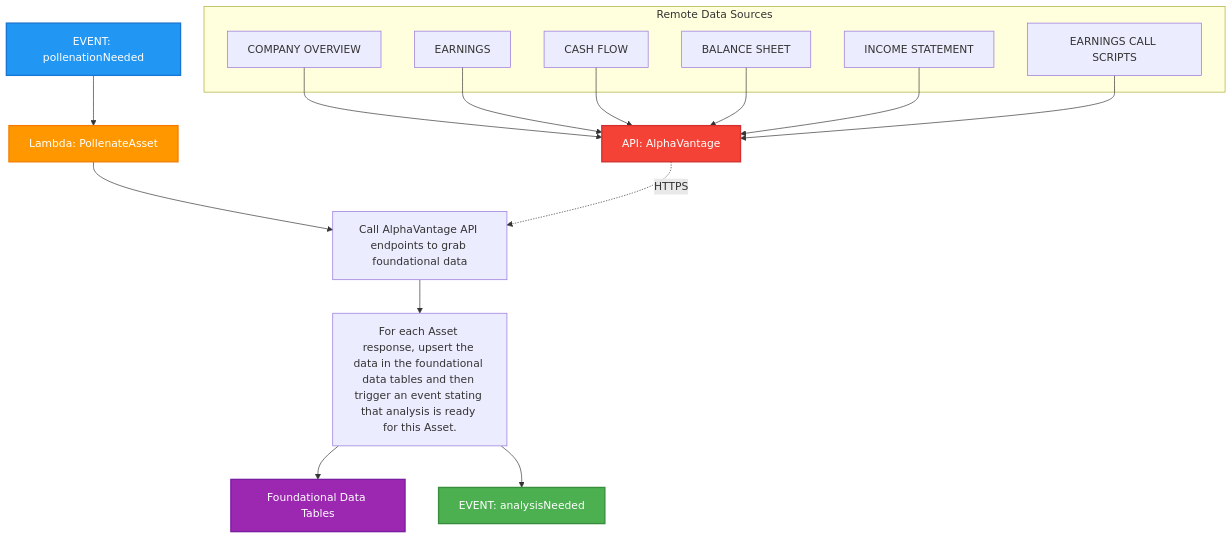
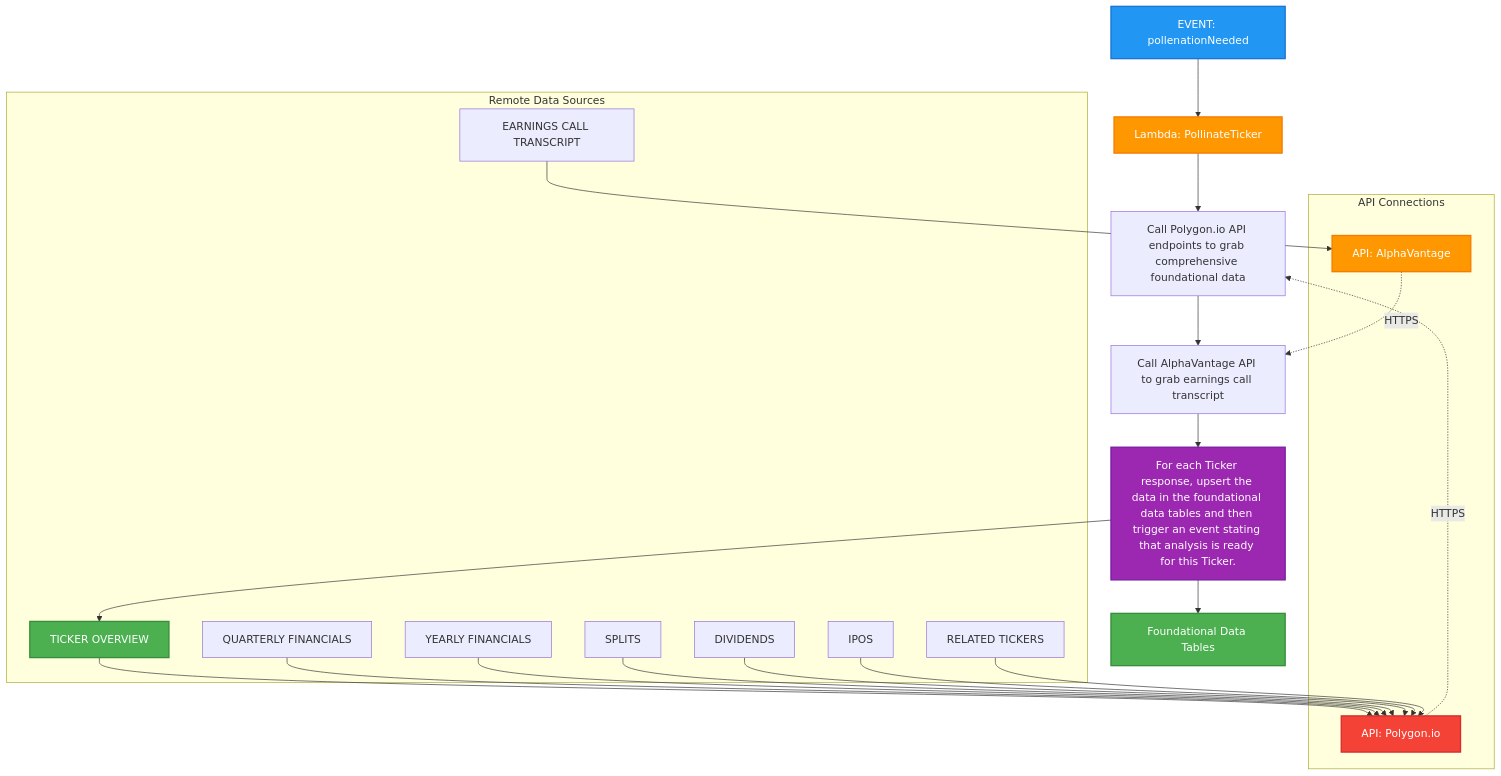
The diagram in ai/brainstorm/diagrams/eventHandlers/pollenationNeeded.md (alto9/signal9-advisor), drawn with Mermaid before and after one commit. The commit also changed other lines of this file and 10 other files, not shown here.

````diff
--- a/ai/brainstorm/diagrams/eventHandlers/pollenationNeeded.md
+++ b/ai/brainstorm/diagrams/eventHandlers/pollenationNeeded.md
@@ -5,38 +5,49 @@
 ```mermaid
 flowchart TD
-    A[EVENT: pollenationNeeded] --> B[Lambda: PollenateAsset]
-    B --> C[Call AlphaVantage API endpoints to grab foundational data]
-    C --> D[For each Asset response, upsert the data in the foundational data tables and then trigger an event stating that analysis is ready for this Asset.]
-    D --> E[Foundational Data Tables]
-    D --> F[EVENT: analysisNeeded]
+    A[EVENT: pollenationNeeded] --> B[Lambda: PollinateTicker]
+    B --> C[Call Polygon.io API endpoints to grab comprehensive foundational data]
+    C --> D[Call AlphaVantage API to grab earnings call transcript]
+    D --> E[For each Ticker response, upsert the data in the foundational data tables and then trigger an event stating that analysis is ready for this Ticker.]
+    E --> F[Foundational Data Tables]
+    E --> G[EVENT: analysisNeeded]
     
     %% Remote Data Sources
     subgraph "Remote Data Sources"
-        G[COMPANY OVERVIEW]
-        H[EARNINGS]
-        I[CASH FLOW]
-        J[BALANCE SHEET]
-        K[INCOME STATEMENT]
-        L[EARNINGS CALL SCRIPTS]
+        G[TICKER OVERVIEW]
+        H[QUARTERLY FINANCIALS]
+        I[YEARLY FINANCIALS]
+        J[SPLITS]
+        K[DIVIDENDS]
+        L[IPOS]
+        M[RELATED TICKERS]
+        O[EARNINGS CALL TRANSCRIPT]
     end
     
-    %% API Connection
-    N[API: AlphaVantage]
+    %% API Connections
+    subgraph "API Connections"
+        N[API: Polygon.io]
+        P[API: AlphaVantage]
+    end
     
-    %% Connections from data sources to API
+    %% Connections from data sources to APIs
     G --> N
     H --> N
     I --> N
     J --> N
     K --> N
     L --> N
+    M --> N
+    O --> P
     
-    %% API to Lambda connection
+    %% API to Lambda connections
     N -.HTTPS.-> C
+    P -.HTTPS.-> D
     
     style A fill:#2196F3,stroke:#1976D2,stroke-width:2px,color:#ffffff
     style B fill:#FF9800,stroke:#F57C00,stroke-width:2px,color:#ffffff
     style E fill:#9C27B0,stroke:#7B1FA2,stroke-width:2px,color:#ffffff
     style F fill:#4CAF50,stroke:#388E3C,stroke-width:2px,color:#ffffff
+    style G fill:#4CAF50,stroke:#388E3C,stroke-width:2px,color:#ffffff
     style N fill:#F44336,stroke:#D32F2F,stroke-width:2px,color:#ffffff
+    style P fill:#FF9800,stroke:#F57C00,stroke-width:2px,color:#ffffff
 ```
````
